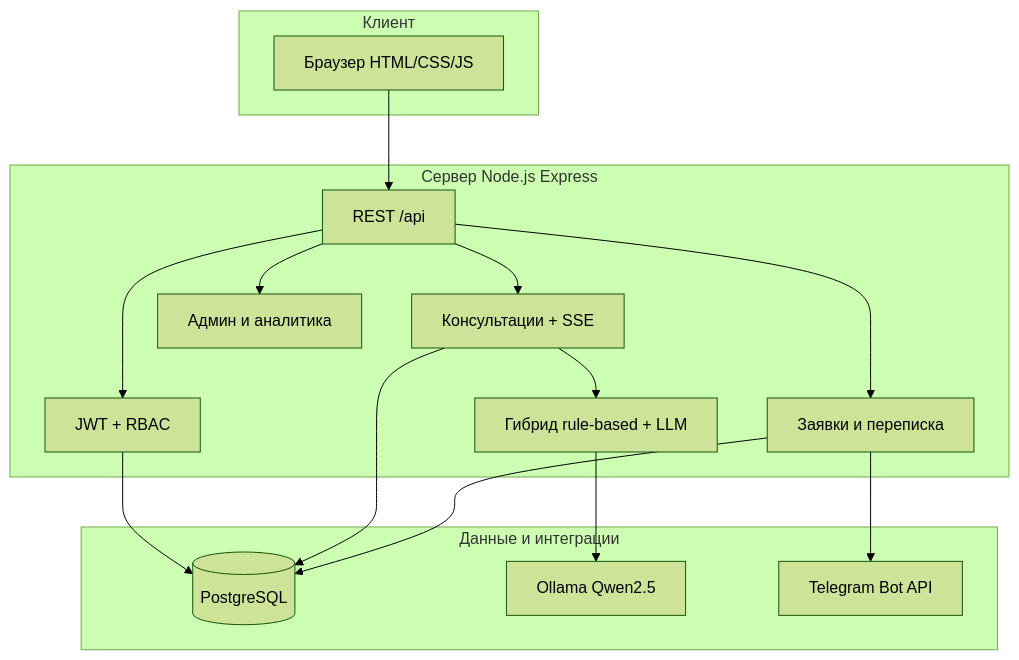
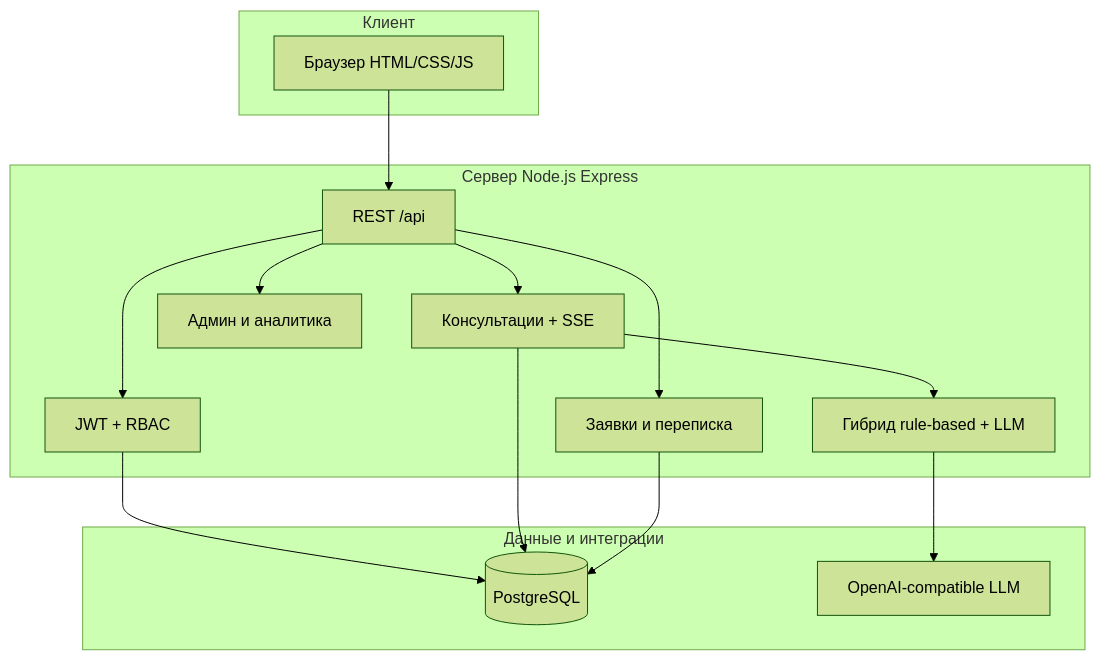
The diagram in docs/architecture.md (Nikityanskiy01/car-service-ai-assistant), drawn with Mermaid (forest theme) before and after one commit. The commit also changed other lines of this file and 56 other files, not shown here.

````diff
--- a/docs/architecture.md
+++ b/docs/architecture.md
@@ -7,30 +7,28 @@
 ```mermaid
 flowchart TB
   subgraph client [Клиент]
     Browser[Браузер HTML/CSS/JS]
   end
   subgraph server [Сервер Node.js Express]
     API[REST /api]
     Auth[JWT + RBAC]
     Consult[Консультации + SSE]
     AI[Гибрид rule-based + LLM]
     SR[Заявки и переписка]
     Admin[Админ и аналитика]
   end
   subgraph data [Данные и интеграции]
     PG[(PostgreSQL)]
-    Ollama[Ollama Qwen2.5]
-    TG[Telegram Bot API]
+    LLM[OpenAI-compatible LLM]
   end
   Browser --> API
   API --> Auth
   API --> Consult
   Consult --> AI
-  AI --> Ollama
+  AI --> LLM
   API --> SR
   API --> Admin
   Auth --> PG
   Consult --> PG
   SR --> PG
-  SR --> TG
 ```
````
